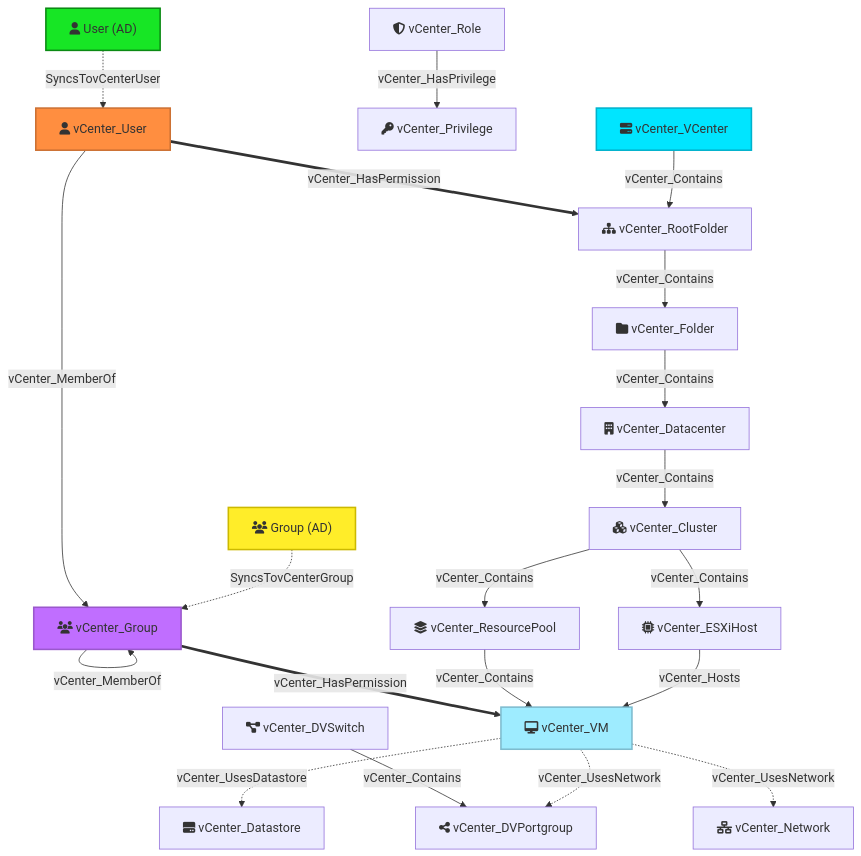
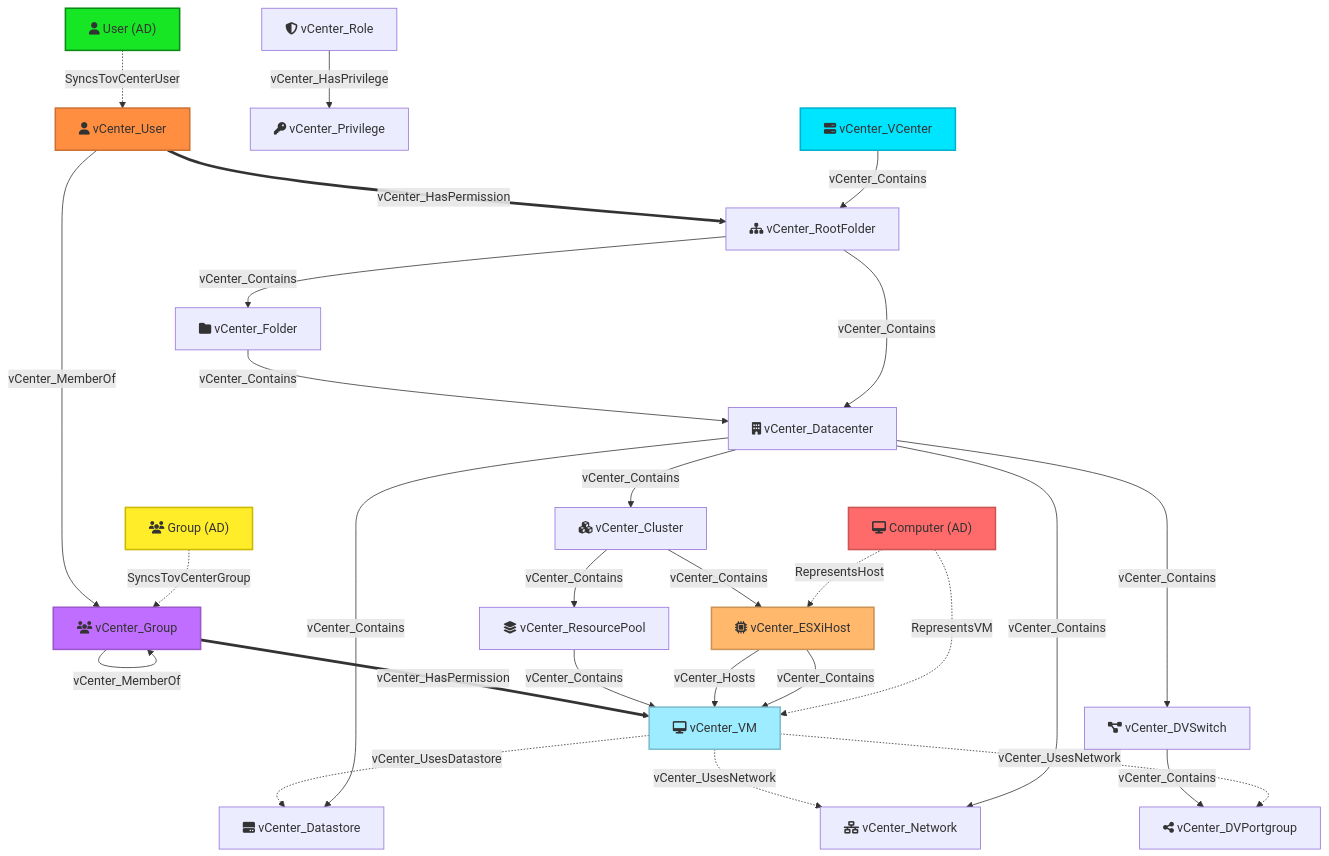
Before and after one commit to jazofra/vCenterHoundGo: the diagram in README.md, drawn with Mermaid. The commit also changed other lines of this file and 7 other files, not shown here.

Commit message:
Tags collection fixed (admins usually leave owners in the tags). New RepresentsVM and RepresentsHost

````diff
--- a/README.md
+++ b/README.md
@@ -117,65 +155,77 @@
 ```mermaid
 flowchart TD
     %% External AD Nodes
     ADUser["fa:fa-user User (AD)"]
     ADGroup["fa:fa-users Group (AD)"]
+    ADComputer["fa:fa-desktop Computer (AD)"]
 
     %% vCenter Principals & Permissions
     VCUser["fa:fa-user vCenter_User"]
     VCGroup["fa:fa-users vCenter_Group"]
     VCRole["fa:fa-shield-alt vCenter_Role"]
     VCPriv["fa:fa-key vCenter_Privilege"]
 
     %% Relationships - External Sync
     ADUser -. SyncsTovCenterUser .-> VCUser
     ADGroup -. SyncsTovCenterGroup .-> VCGroup
 
     %% Relationships - Principals
     VCUser -- vCenter_MemberOf --> VCGroup
     VCGroup -- vCenter_MemberOf --> VCGroup
     VCRole -- vCenter_HasPrivilege --> VCPriv
 
     %% Infrastructure Hierarchy
     VC["fa:fa-server vCenter_VCenter"]
     Root["fa:fa-sitemap vCenter_RootFolder"]
     Folder["fa:fa-folder vCenter_Folder"]
     DC["fa:fa-building vCenter_Datacenter"]
     Cluster["fa:fa-cubes vCenter_Cluster"]
     Host["fa:fa-microchip vCenter_ESXiHost"]
     Pool["fa:fa-layer-group vCenter_ResourcePool"]
 
     %% Entity Nodes (Targets of containment/permissions)
     VM["fa:fa-desktop vCenter_VM"]
     DS["fa:fa-hdd vCenter_Datastore"]
     Net["fa:fa-network-wired vCenter_Network"]
     DVS["fa:fa-project-diagram vCenter_DVSwitch"]
     DVPG["fa:fa-share-nodes vCenter_DVPortgroup"]
 
+    %% Computer-to-VM/Host Mapping
+    ADComputer -. RepresentsVM .-> VM
+    ADComputer -. RepresentsHost .-> Host
+
     %% Hierarchy Edges
     VC -- vCenter_Contains --> Root
     Root -- vCenter_Contains --> Folder
+    Root -- vCenter_Contains --> DC
     Folder -- vCenter_Contains --> DC
     DC -- vCenter_Contains --> Cluster
+    DC -- vCenter_Contains --> DS
+    DC -- vCenter_Contains --> Net
+    DC -- vCenter_Contains --> DVS
     Cluster -- vCenter_Contains --> Host
+    Cluster -- vCenter_Contains --> Pool
+    Host -- vCenter_Contains --> VM
     Host -- vCenter_Hosts --> VM
-    Cluster -- vCenter_Contains --> Pool
     Pool -- vCenter_Contains --> VM
 
     %% Dependencies
     VM -. vCenter_UsesDatastore .-> DS
     VM -. vCenter_UsesNetwork .-> Net
     VM -. vCenter_UsesNetwork .-> DVPG
     DVS -- vCenter_Contains --> DVPG
 
     %% Permissions (Simplified for readability, applies to any entity)
     VCUser == vCenter_HasPermission ==> Root
     VCGroup == vCenter_HasPermission ==> VM
 
     %% Styling
     style ADUser fill:#17E625,stroke:#0B8A14,stroke-width:2px
     style ADGroup fill:#FFED29,stroke:#CCB900,stroke-width:2px
+    style ADComputer fill:#FF6B6B,stroke:#CC5555,stroke-width:2px
     style VCUser fill:#FF8E40,stroke:#CC7133,stroke-width:2px
     style VCGroup fill:#C06EFF,stroke:#9A58CC,stroke-width:2px
     style VM fill:#9EECFF,stroke:#7EBCCF,stroke-width:2px
     style VC fill:#00E5FF,stroke:#00B2CC,stroke-width:2px
+    style Host fill:#FFB86C,stroke:#CC9356,stroke-width:2px
 ```
````
